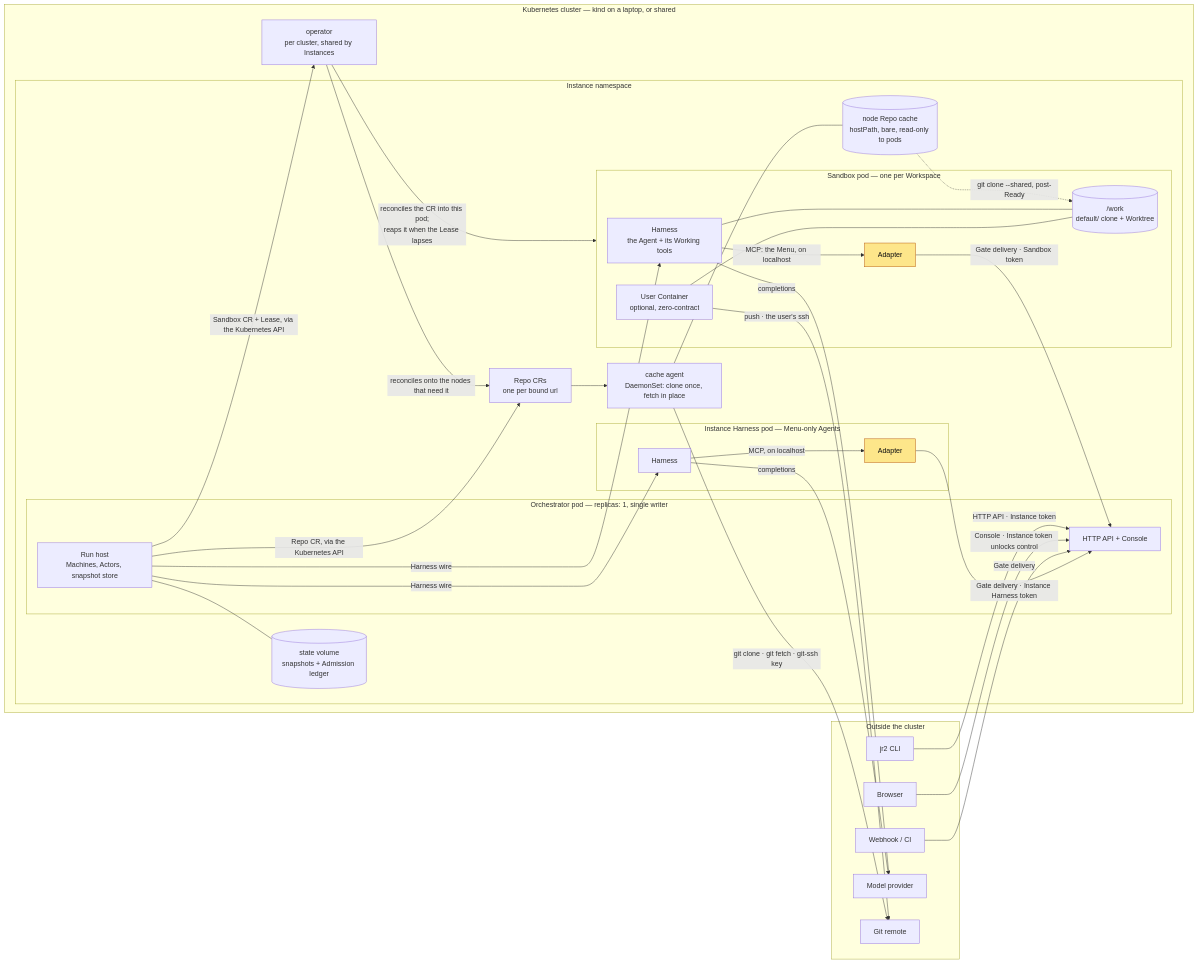
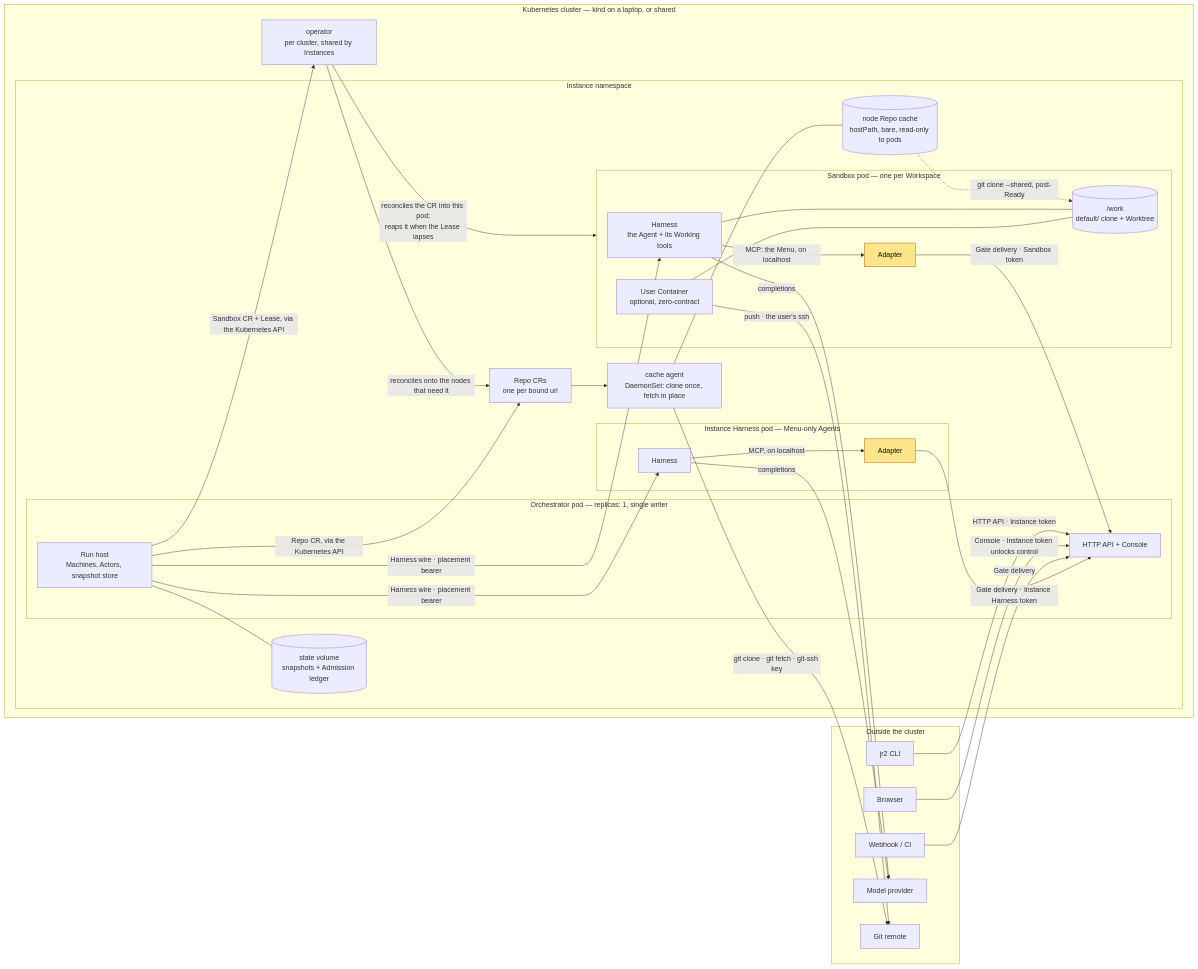
Before and after one commit to snapwich/jr2: the first of 4 diagrams in docs/architecture.md, drawn with Mermaid. The commit also changed other lines of this file and 31 other files, not shown here.

````diff
--- a/docs/architecture.md
+++ b/docs/architecture.md
@@ -31,64 +31,64 @@
 ```mermaid
 flowchart LR
   subgraph outside["Outside the cluster"]
     cli["jr2 CLI"]
     browser["Browser"]
     hook["Webhook / CI"]
     provider["Model provider"]
     remote["Git remote"]
   end
 
   subgraph cluster["Kubernetes cluster — kind on a laptop, or shared"]
     operator["operator<br/>per cluster, shared by Instances"]
 
     subgraph ns["Instance namespace"]
       subgraph orch["Orchestrator pod — replicas: 1, single writer"]
         api["HTTP API + Console"]
         host["Run host<br/>Machines, Actors, snapshot store"]
       end
       state[("state volume<br/>snapshots + Admission ledger")]
       repocr["Repo CRs<br/>one per bound url"]
       cagent["cache agent<br/>DaemonSet: clone once, fetch in place"]
       cache[("node Repo cache<br/>hostPath, bare, read-only to pods")]
 
       subgraph ih["Instance Harness pod — Menu-only Agents"]
         ihh["Harness"]
         iha["Adapter"]
       end
 
       subgraph sb["Sandbox pod — one per Workspace"]
         harness["Harness<br/>the Agent + its Working tools"]
         adapter["Adapter"]
         user["User Container<br/>optional, zero-contract"]
         work[("/work<br/>default/ clone + Worktree")]
       end
     end
   end
 
   cli -->|"HTTP API · Instance token"| api
   browser -->|"Console · Instance token unlocks control"| api
   hook -->|"Gate delivery"| api
   host -->|"Sandbox CR + Lease, via the Kubernetes API"| operator
   operator -->|"reconciles the CR into this pod;<br/>reaps it when the Lease lapses"| sb
-  host -->|"Harness wire"| harness
-  host -->|"Harness wire"| ihh
+  host -->|"Harness wire · placement bearer"| harness
+  host -->|"Harness wire · placement bearer"| ihh
   harness -->|"MCP: the Menu, on localhost"| adapter
   adapter -->|"Gate delivery · Sandbox token"| api
   ihh -->|"MCP, on localhost"| iha
   iha -->|"Gate delivery · Instance Harness token"| api
   harness -->|"completions"| provider
   ihh -->|"completions"| provider
   host --- state
   host -->|"Repo CR, via the Kubernetes API"| repocr
   operator -->|"reconciles onto the nodes that need it"| repocr
   repocr --> cagent
   cagent -->|"git clone · git fetch · git-ssh key"| remote
   cagent --- cache
   cache -.->|"git clone --shared, post-Ready"| work
   harness --- work
   user --- work
   user -->|"push · the user's ssh"| remote
 
   classDef credential fill:#fde68a,stroke:#b45309,color:#111
   class adapter,iha credential
 ```
````
